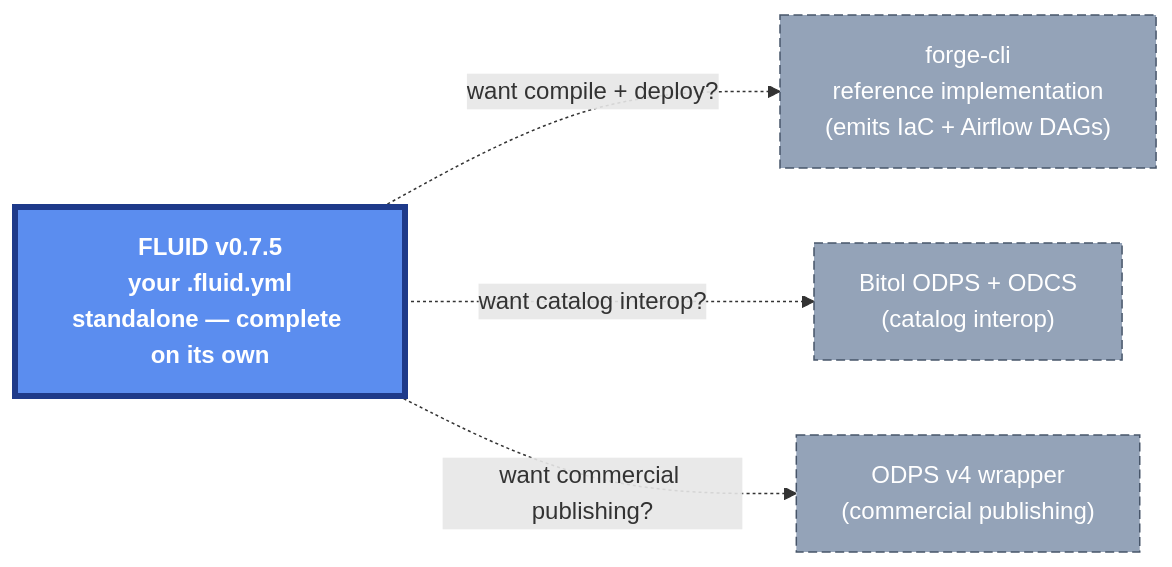
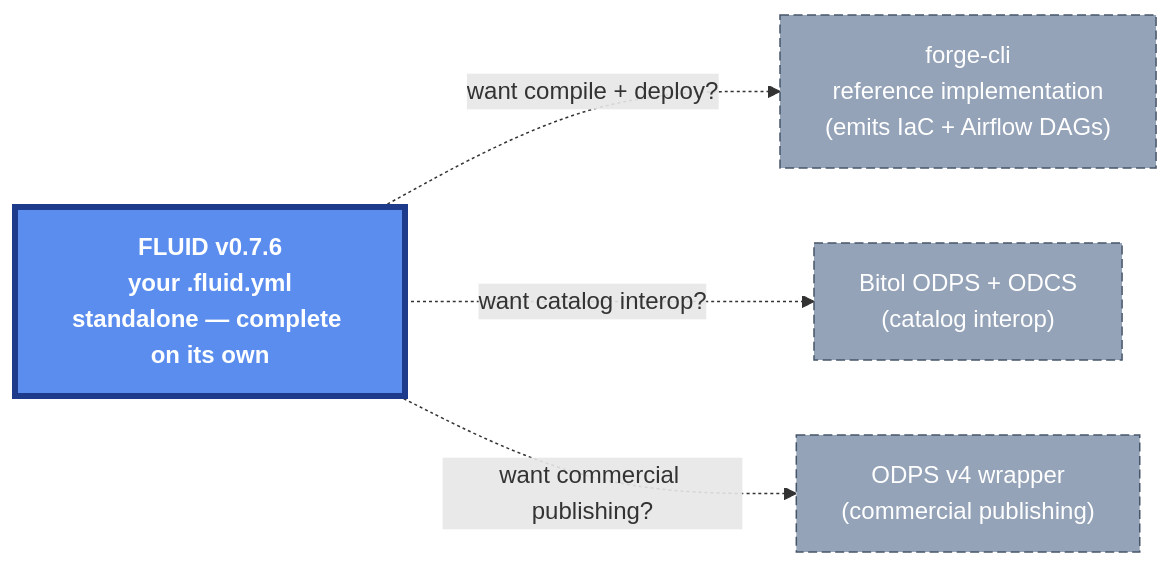
Before and after one commit to open-data-protocol/fluid: the diagram in docs/concepts/comparisons.md, drawn with Mermaid. The commit also changed other lines of this file and 71 other files, not shown here.

````diff
--- a/docs/concepts/comparisons.md
+++ b/docs/concepts/comparisons.md
@@ -32,20 +32,20 @@
 ```mermaid
 flowchart LR
     classDef core fill:#5B8DEF,color:#fff,stroke:#1E3A8A,stroke-width:4px,font-weight:bold
     classDef opt  fill:#94A3B8,color:#fff,stroke:#475569,stroke-width:1px,stroke-dasharray:6 3
 
-    F["FLUID v0.7.5<br/>your .fluid.yml<br/>standalone — complete on its own"]:::core
+    F["FLUID v0.7.6<br/>your .fluid.yml<br/>standalone — complete on its own"]:::core
 
     FC["forge-cli<br/>reference implementation<br/>(emits IaC + Airflow DAGs)"]:::opt
     BIT["Bitol ODPS + ODCS<br/>(catalog interop)"]:::opt
     V4["ODPS v4 wrapper<br/>(commercial publishing)"]:::opt
 
     F -.->|"want compile + deploy?"| FC
     F -.->|"want catalog interop?"| BIT
     F -.->|"want commercial publishing?"| V4
 
     click F "https://github.com/open-data-protocol/fluid"
     click FC "https://github.com/Agenticstiger/forge-cli"
     click BIT "https://github.com/bitol-io"
     click V4 "https://github.com/Open-Data-Product-Initiative/v4.0"
 ```
````
